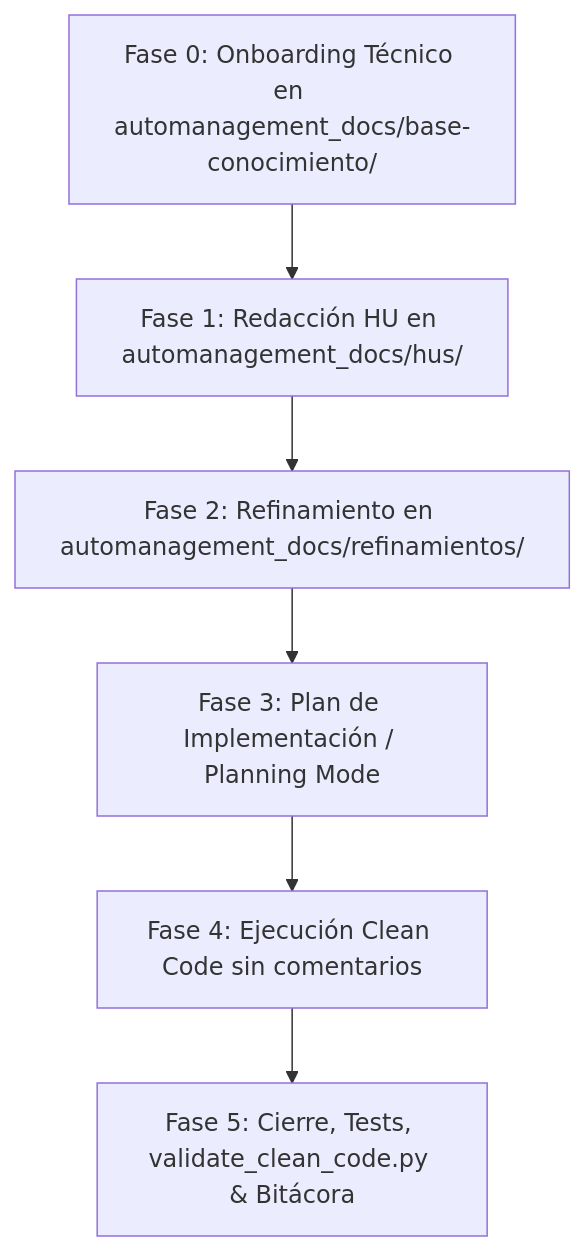
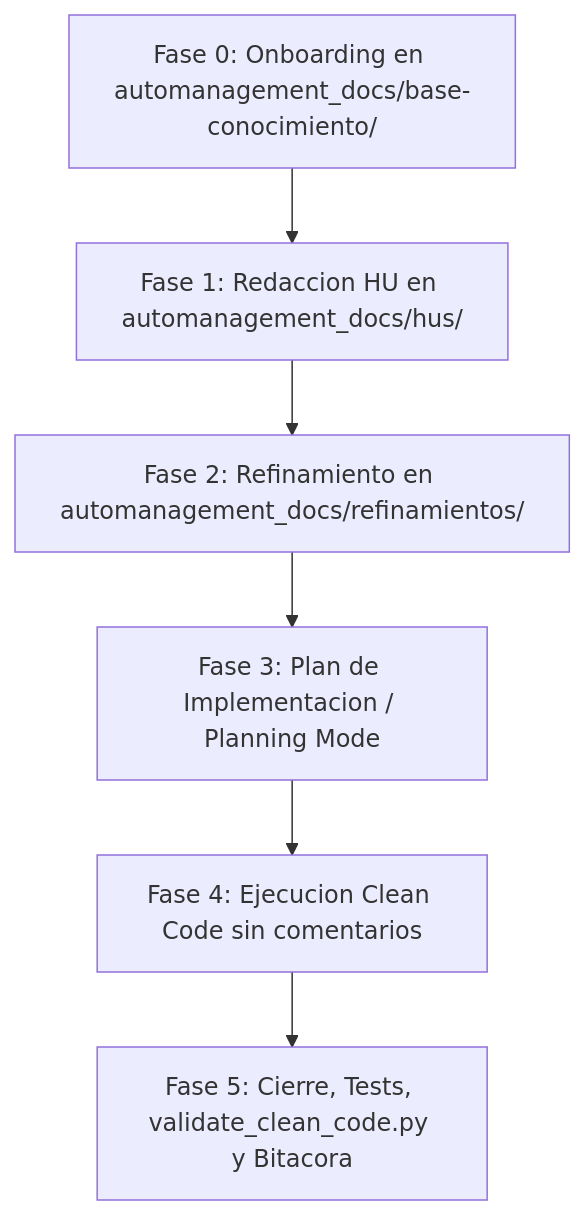
The diagram in SKILL.md (DanielHernandez627/skill_auto_management), drawn with Mermaid before and after one commit. The commit also changed other lines of this file and 31 other files, not shown here.

````diff
--- a/SKILL.md
+++ b/SKILL.md
@@ -39,8 +42,8 @@
 ```mermaid
 graph TD
-    F0[Fase 0: Onboarding Técnico en automanagement_docs/base-conocimiento/] --> F1[Fase 1: Redacción HU en automanagement_docs/hus/]
+    F0[Fase 0: Onboarding en automanagement_docs/base-conocimiento/] --> F1[Fase 1: Redaccion HU en automanagement_docs/hus/]
     F1 --> F2[Fase 2: Refinamiento en automanagement_docs/refinamientos/]
-    F2 --> F3[Fase 3: Plan de Implementación / Planning Mode]
-    F3 --> F4[Fase 4: Ejecución Clean Code sin comentarios]
-    F4 --> F5[Fase 5: Cierre, Tests, validate_clean_code.py & Bitácora]
+    F2 --> F3[Fase 3: Plan de Implementacion / Planning Mode]
+    F3 --> F4[Fase 4: Ejecucion Clean Code sin comentarios]
+    F4 --> F5[Fase 5: Cierre, Tests, validate_clean_code.py y Bitacora]
 ```
````
